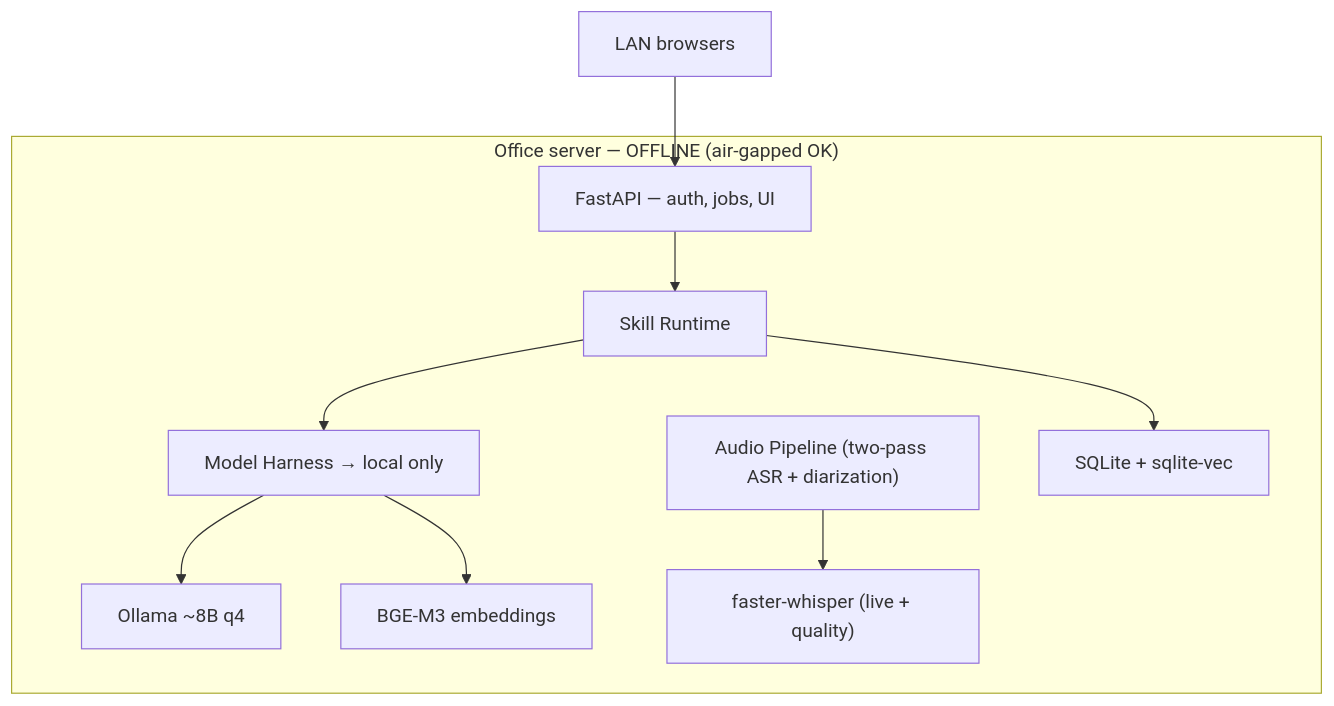
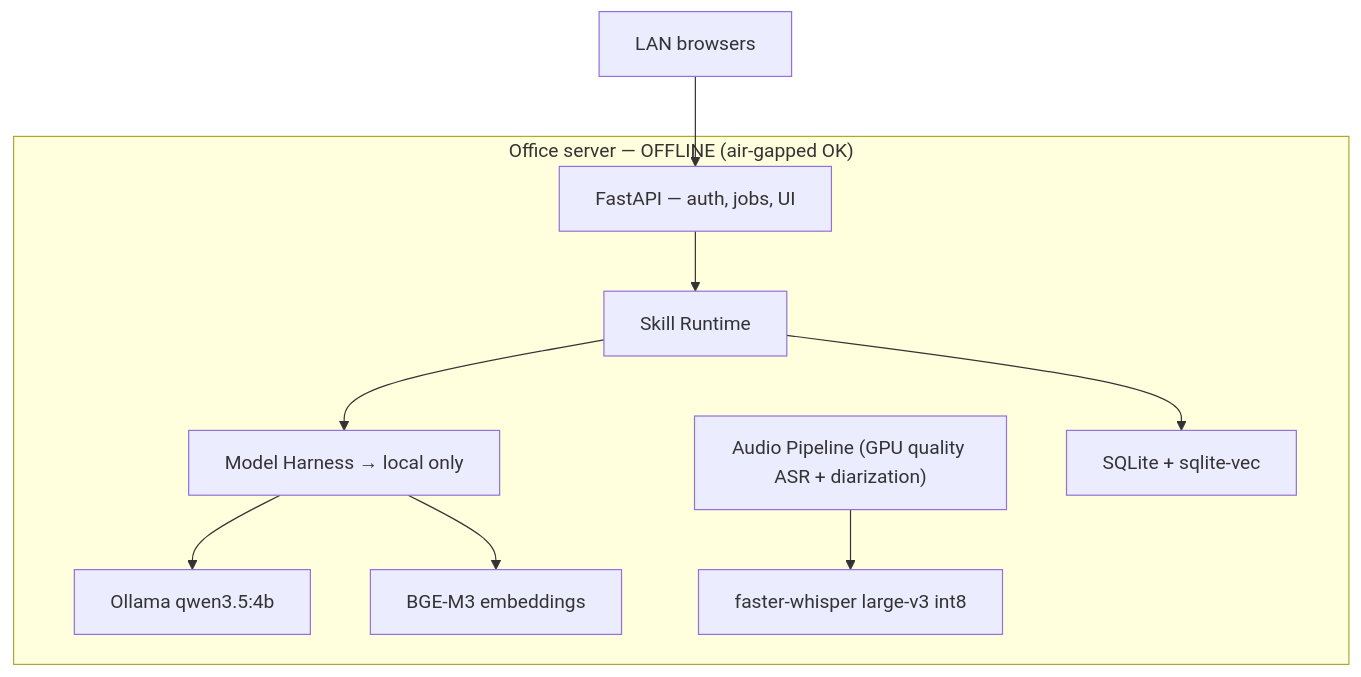
Before and after one commit to Dr-Bagheri/neurai-mvp: the second of 3 diagrams in ARCHITECTURE.md, drawn with Mermaid. The commit also changed other lines of this file and 80 other files, not shown here.

````diff
--- a/ARCHITECTURE.md
+++ b/ARCHITECTURE.md
@@ -118,18 +116,18 @@
 ```mermaid
 flowchart TB
     subgraph ServerOff["Office server — OFFLINE (air-gapped OK)"]
         APIo["FastAPI — auth, jobs, UI"]
         SKo["Skill Runtime"]
         Ho["Model Harness → local only"]
-        APo["Audio Pipeline (two-pass ASR + diarization)"]
+        APo["Audio Pipeline (GPU quality ASR + diarization)"]
         DLo["SQLite + sqlite-vec"]
-        OLo["Ollama ~8B q4"]
-        Wo["faster-whisper (live + quality)"]
+        OLo["Ollama qwen3.5:4b"]
+        Wo["faster-whisper large-v3 int8"]
         Eo["BGE-M3 embeddings"]
     end
     Browsers["LAN browsers"] --> APIo
     APIo --> SKo --> Ho --> OLo
     APo --> Wo
     Ho --> Eo
     SKo --> DLo
 ```
````
